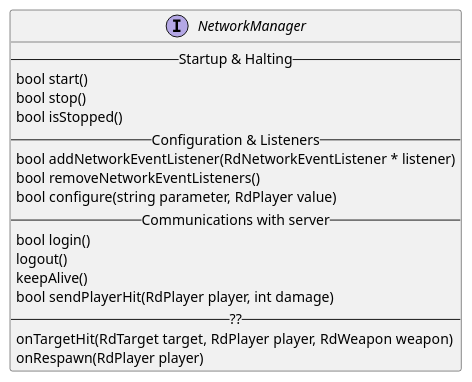
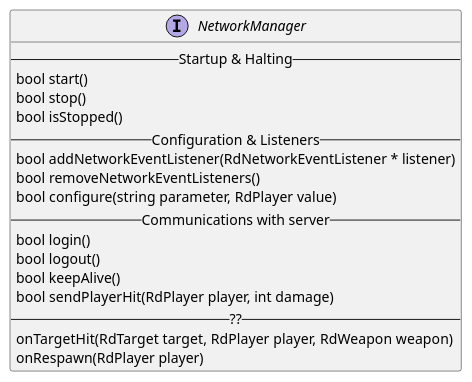
Before and after one commit to asrob-uc3m/robotDevastation-developer-manual: the diagram in en/network-manager.md, drawn with PlantUML.

Commit message:
Updates en/network-manager.md
Auto commit by GitBook Editor

```diff
--- a/en/network-manager.md
+++ b/en/network-manager.md
@@ -4,20 +4,20 @@
 {% plantuml %}
 interface NetworkManager {
 --Startup & Halting--
 bool start()
 bool stop()
 bool isStopped()
 -- Configuration & Listeners --
 bool addNetworkEventListener(RdNetworkEventListener * listener)
 bool removeNetworkEventListeners()
 bool configure(string parameter, RdPlayer value)
 -- Communications with server --
 bool login()
-logout()
-keepAlive()
+bool logout()
+bool keepAlive()
 bool sendPlayerHit(RdPlayer player, int damage)
 -- ?? --
 onTargetHit(RdTarget target, RdPlayer player, RdWeapon weapon)
 onRespawn(RdPlayer player)
 }
 {% endplantuml %}
```
